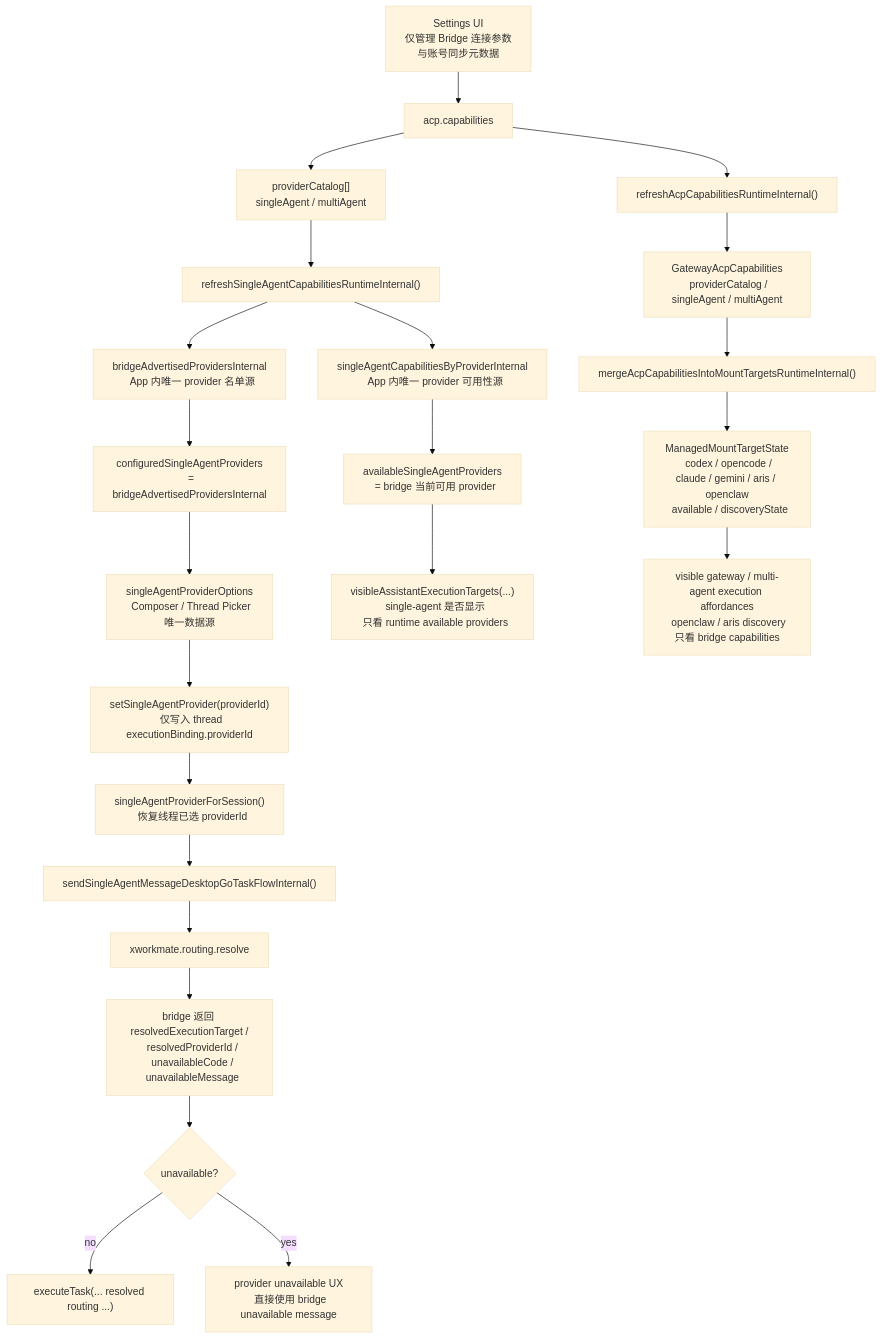
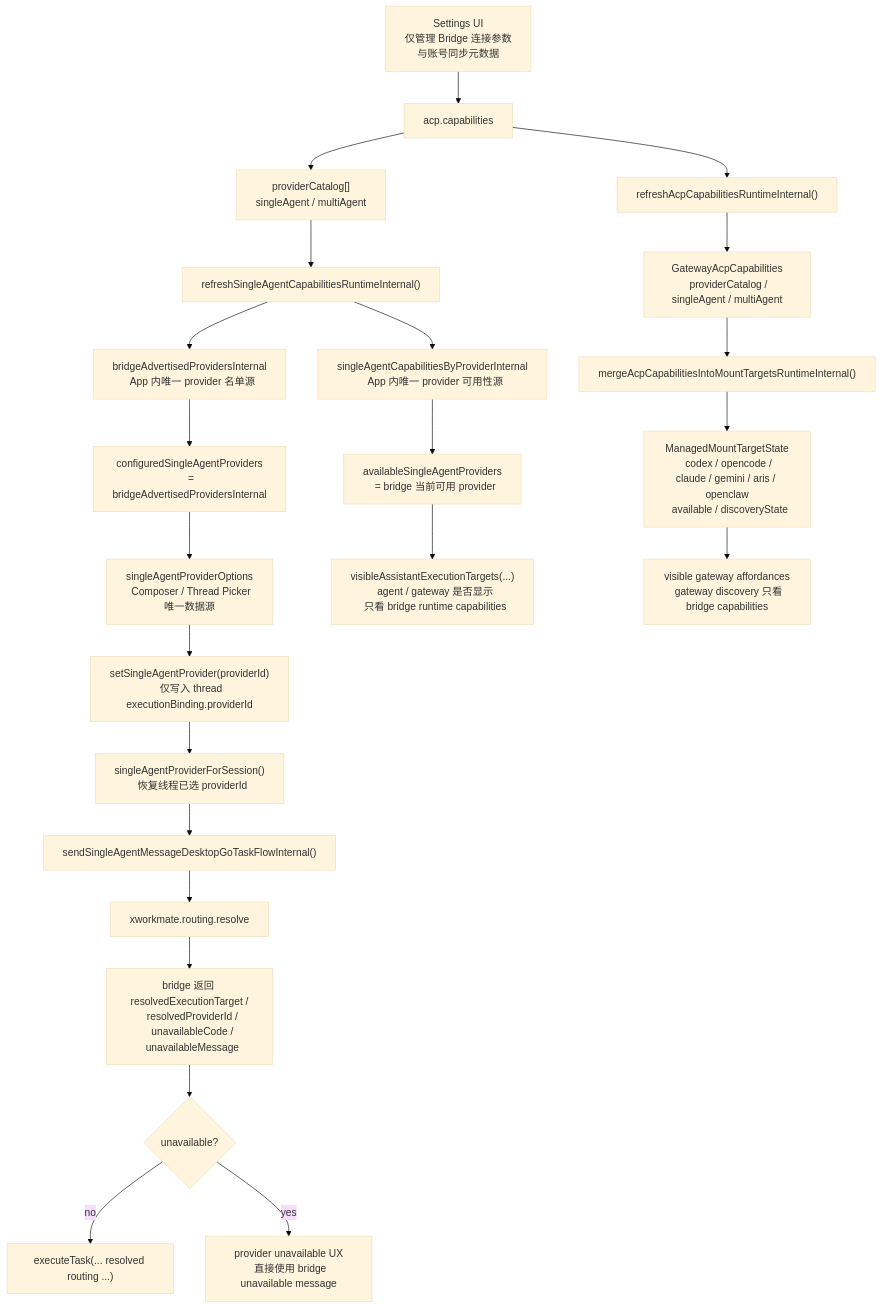
Before and after one commit to x-evor/xworkmate-app: the diagram in docs/architecture/settings-integration-configuration-model.md, drawn with Mermaid (base theme). The commit also changed 50 other files, not shown here.

Commit message:
Refactor app execution semantics to agent and gateway

````diff
--- a/docs/architecture/settings-integration-configuration-model.md
+++ b/docs/architecture/settings-integration-configuration-model.md
@@ -14,54 +14,54 @@
 ```mermaid
 flowchart TD
   A["Settings UI
   仅管理 Bridge 连接参数
   与账号同步元数据"] --> G["acp.capabilities"]
   G --> H["providerCatalog[]
   singleAgent / multiAgent"]
 
   H --> I["refreshSingleAgentCapabilitiesRuntimeInternal()"]
   I --> J["bridgeAdvertisedProvidersInternal
   App 内唯一 provider 名单源"]
   I --> K["singleAgentCapabilitiesByProviderInternal
   App 内唯一 provider 可用性源"]
 
   G --> L["refreshAcpCapabilitiesRuntimeInternal()"]
   L --> M["GatewayAcpCapabilities
   providerCatalog / singleAgent / multiAgent"]
   M --> N["mergeAcpCapabilitiesIntoMountTargetsRuntimeInternal()"]
   N --> O["ManagedMountTargetState
   codex / opencode / claude / gemini / aris / openclaw
   available / discoveryState"]
 
   J --> P["configuredSingleAgentProviders
   = bridgeAdvertisedProvidersInternal"]
   P --> Q["singleAgentProviderOptions
   Composer / Thread Picker 唯一数据源"]
 
   K --> R["availableSingleAgentProviders
   = bridge 当前可用 provider"]
   R --> S["visibleAssistantExecutionTargets(...)
-  single-agent 是否显示
-  只看 runtime available providers"]
+  agent / gateway 是否显示
+  只看 bridge runtime capabilities"]
 
-  O --> T["visible gateway / multi-agent execution affordances
-  openclaw / aris discovery 只看 bridge capabilities"]
+  O --> T["visible gateway affordances
+  gateway discovery 只看 bridge capabilities"]
 
   Q --> U["setSingleAgentProvider(providerId)
   仅写入 thread executionBinding.providerId"]
 
   U --> V["singleAgentProviderForSession()
   恢复线程已选 providerId"]
 
   V --> W["sendSingleAgentMessageDesktopGoTaskFlowInternal()"]
   W --> X["xworkmate.routing.resolve"]
   X --> Y["bridge 返回 resolvedExecutionTarget /
   resolvedProviderId /
   unavailableCode /
   unavailableMessage"]
 
   Y --> Z{"unavailable?"}
   Z -->|"no"| AA["executeTask(... resolved routing ...)"]
   Z -->|"yes"| AB["provider unavailable UX
   直接使用 bridge unavailable message"]
 ```
````
